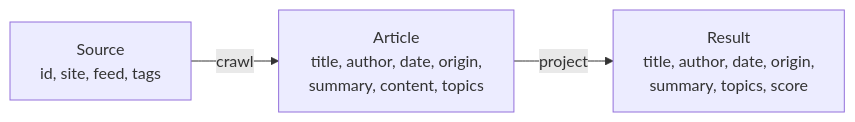
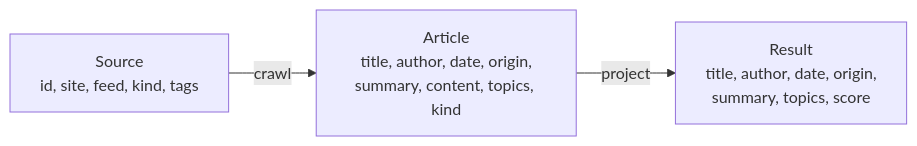
The fourth of 5 diagrams in docs/how-it-works.md (GitPaulo/blogme), drawn with Mermaid before and after one commit. The commit also changed other lines of this file and 16 other files, not shown here.

````diff
--- a/docs/how-it-works.md
+++ b/docs/how-it-works.md
@@ -231,5 +231,5 @@
 ```mermaid
 flowchart LR
-    A["Source<br/>id, site, feed, tags"] -->|crawl| B["Article<br/>title, author, date, origin,<br/>summary, content, topics"]
+    A["Source<br/>id, site, feed, kind, tags"] -->|crawl| B["Article<br/>title, author, date, origin,<br/>summary, content, topics, kind"]
     B -->|project| C["Result<br/>title, author, date, origin,<br/>summary, topics, score"]
 ```
````
